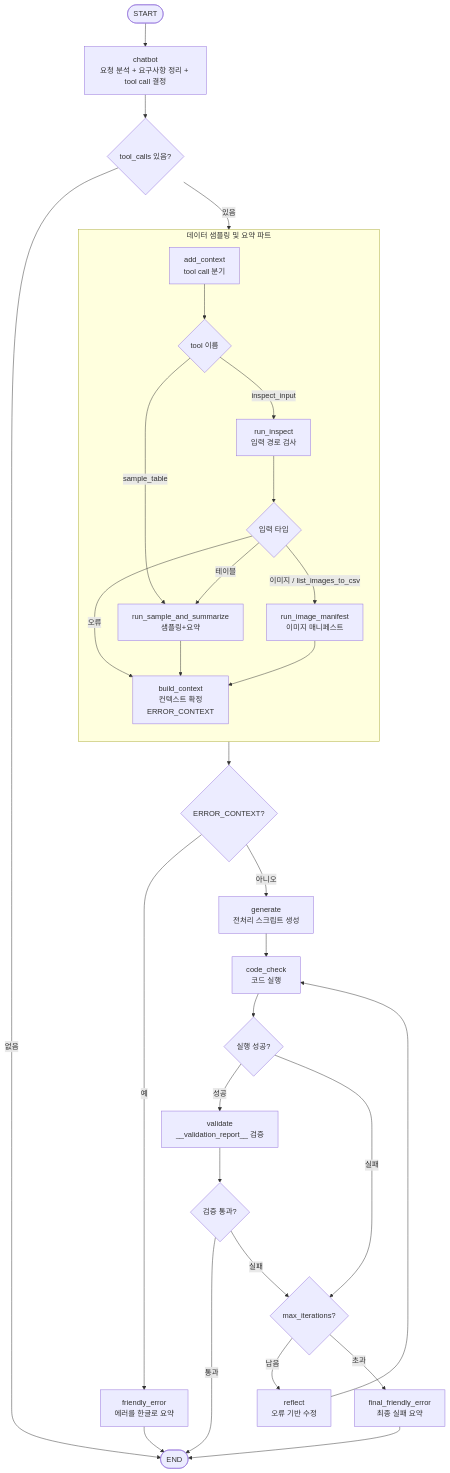
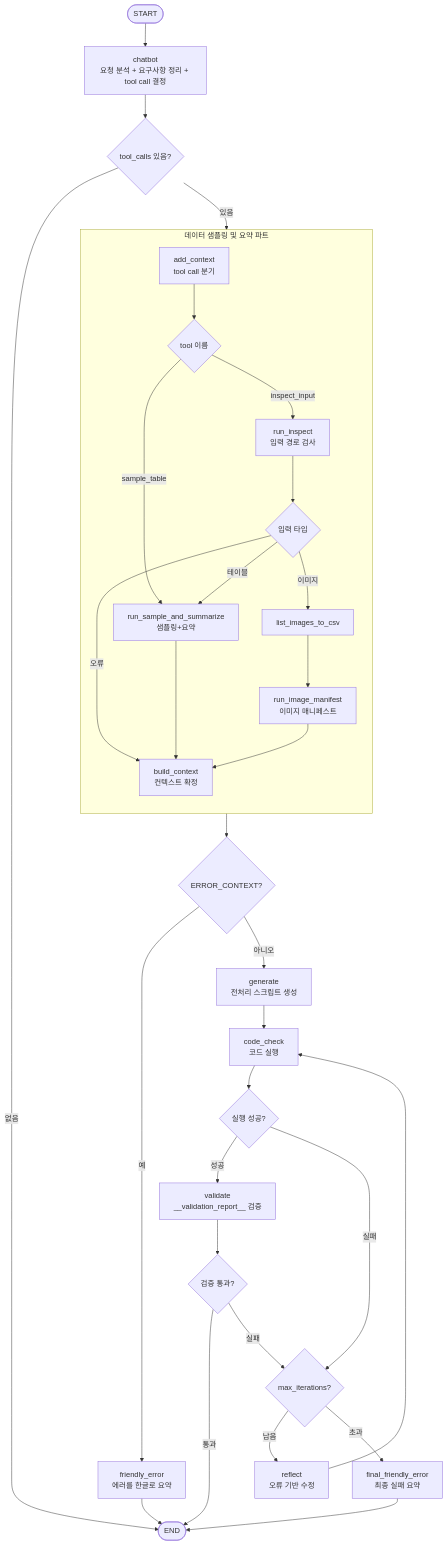
One commit to sonsukwoo/Data_preprocessing_auto changed the third of 3 diagrams in README.md. Above: the diagram before and after it, drawn with Mermaid. The commit also changed other lines of this file, not shown here.

````diff
--- a/README.md
+++ b/README.md
@@ -136,43 +136,44 @@
 ```mermaid
 flowchart TD
   START([START]) --> C[chatbot<br/>요청 분석 + 요구사항 정리 + tool call 결정]
 
   C --> D0{tool_calls 있음?}
   D0 -->|없음| END([END])
   D0 -->|있음| X[add_context<br/>tool call 분기]
 
   subgraph INPUT["데이터 샘플링 및 요약 파트"]
     direction TB
     X --> D1{tool 이름}
     D1 -->|inspect_input| I[run_inspect<br/>입력 경로 검사]
     D1 -->|sample_table| SAS[run_sample_and_summarize<br/>샘플링+요약]
 
     I --> D2{입력 타입}
-    D2 -->|이미지 / list_images_to_csv| IMG[run_image_manifest<br/>이미지 매니페스트]
+    D2 -->|이미지| LIMG[list_images_to_csv]
+    LIMG --> IMG[run_image_manifest<br/>이미지 매니페스트]
     D2 -->|테이블| SAS
-    D2 -->|오류| B[build_context<br/>컨텍스트 확정<br/>ERROR_CONTEXT]
+    D2 -->|오류| B[build_context<br/>컨텍스트 확정<br/>]
 
     SAS --> B
     IMG --> B
   end
 
   B --> D4{ERROR_CONTEXT?}
   D4 -->|예| FE[friendly_error<br/>에러를 한글로 요약]
   D4 -->|아니오| G[generate<br/>전처리 스크립트 생성]
 
   G --> E[code_check<br/>코드 실행]
   E --> D5{실행 성공?}
   D5 -->|성공| V[validate<br/>__validation_report__ 검증]
   D5 -->|실패| D{max_iterations?}
 
   V --> D6{검증 통과?}
   D6 -->|통과| END
   D6 -->|실패| D
 
   D -->|남음| RF[reflect<br/>오류 기반 수정]
   D -->|초과| FFE[final_friendly_error<br/>최종 실패 요약]
 
   RF --> E
   FE --> END
   FFE --> END
 ```
````
